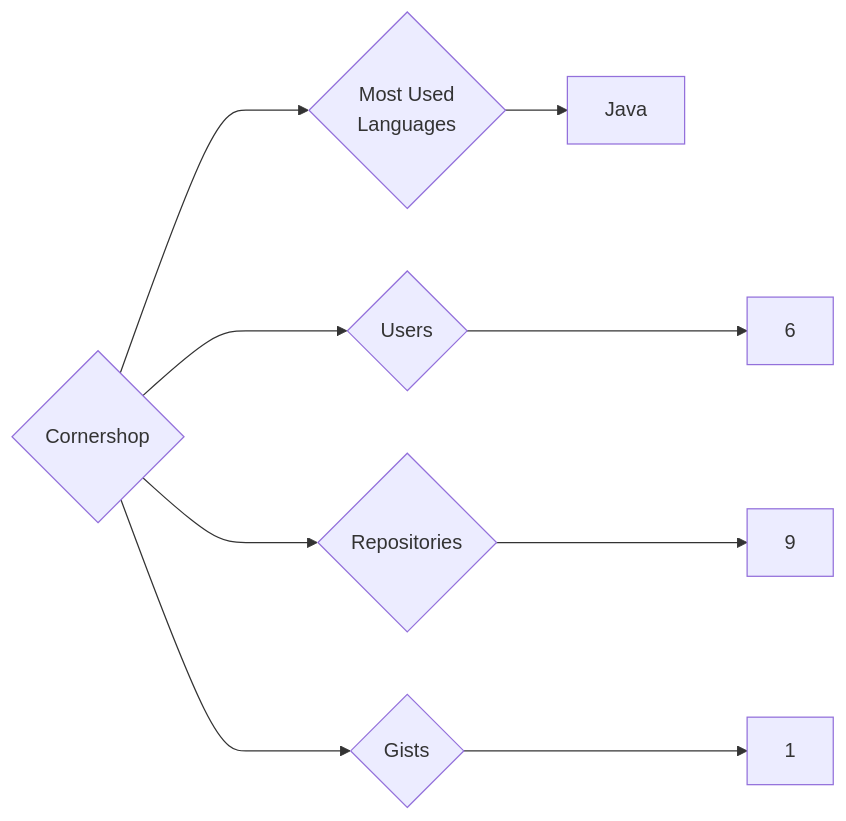
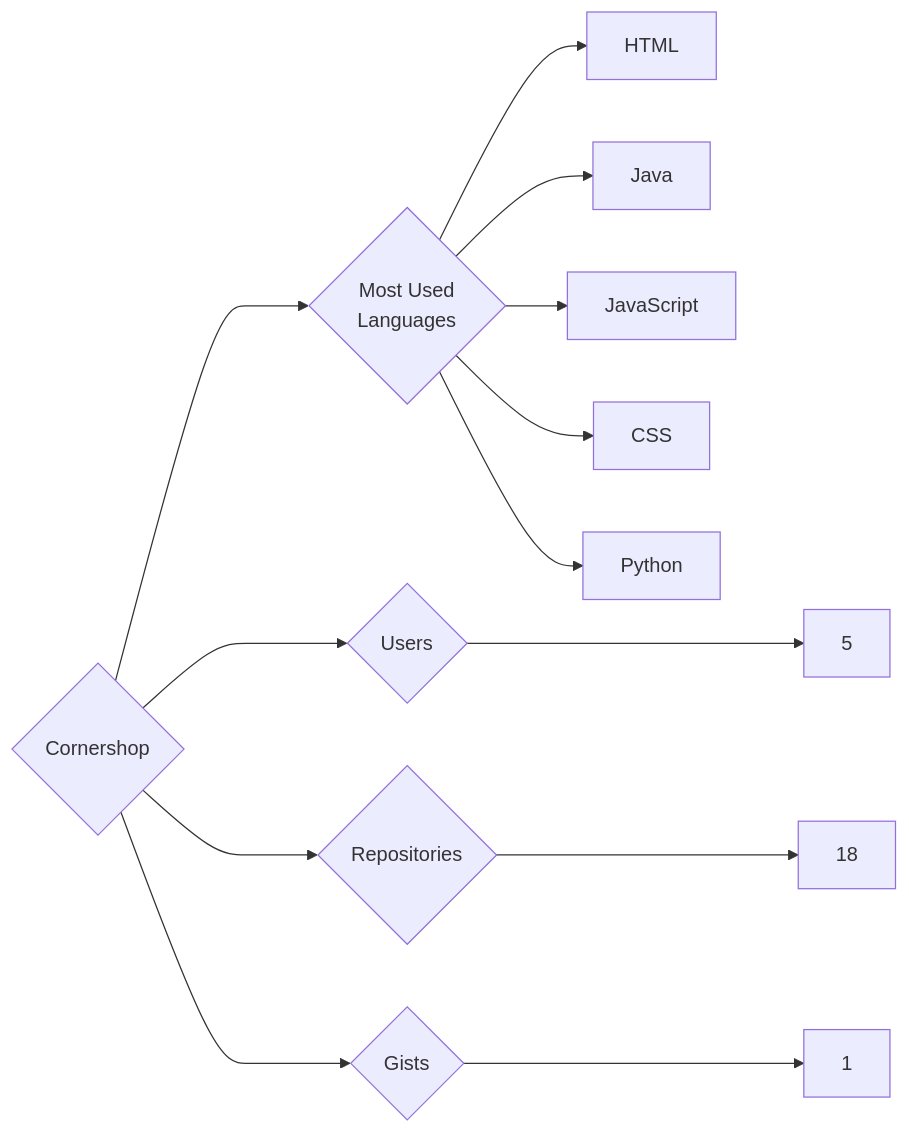
Before and after one commit to trickest/insiders: the diagram in targets/Cornershop/README.md, drawn with Mermaid. The commit also changed 1003 other files, not shown here.

````diff
--- a/targets/Cornershop/README.md
+++ b/targets/Cornershop/README.md
@@ -3,9 +3,13 @@
 ```mermaid
 graph LR
 COMPANY_NAME{Cornershop}
-COMPANY_NAME ---> U{Users} ---> UN[6]
-COMPANY_NAME ---> R{Repositories} ---> RN[9]
+COMPANY_NAME ---> U{Users} ---> UN[5]
+COMPANY_NAME ---> R{Repositories} ---> RN[18]
 COMPANY_NAME ---> G{Gists} ---> GN[1]
 COMPANY_NAME ---> ML{Most Used<br>Languages}
+ML --> HTML[HTML]
 ML --> Java[Java]
+ML --> JavaScript[JavaScript]
+ML --> CSS[CSS]
+ML --> Python[Python]
 ```
````
